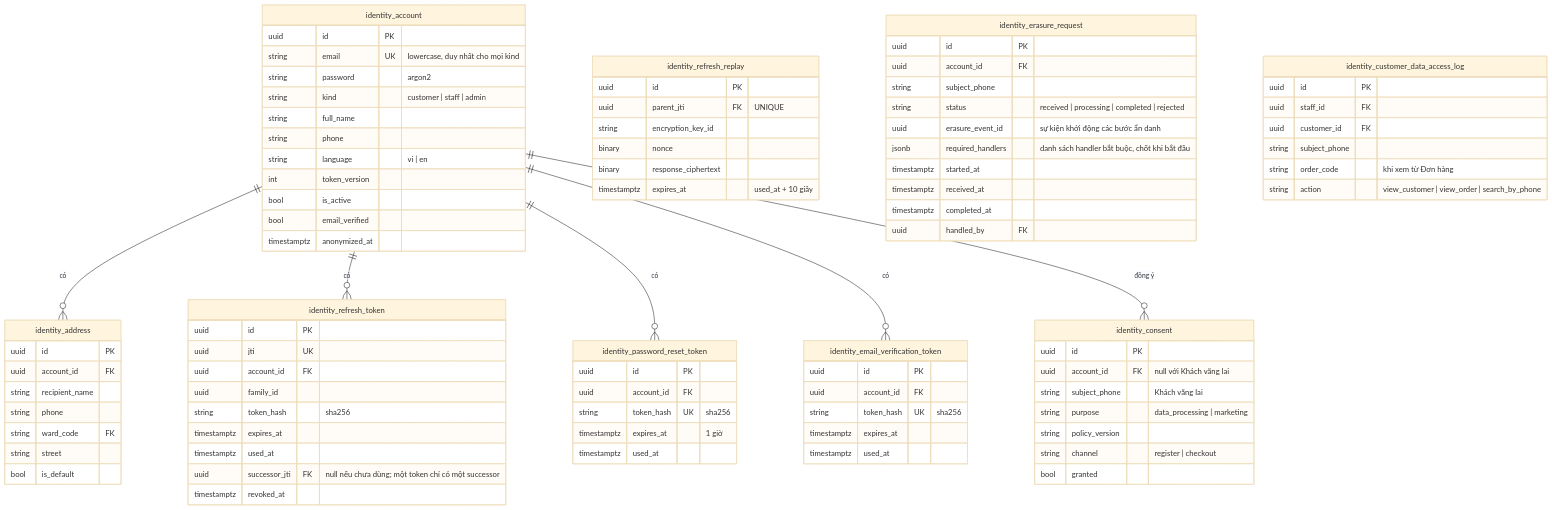
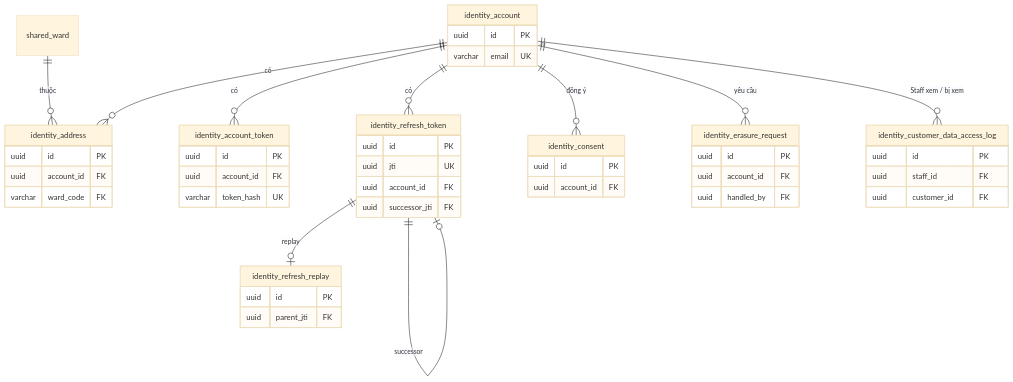
One commit to LuongCongThanh/boilerplate-ecommerce-next-16 changed the third of 10 diagrams in docs/architecture/03-data-model.md. Above: the diagram before and after it, drawn with Mermaid (base theme). The commit also changed other lines of this file and 21 other files, not shown here.

````diff
--- a/docs/architecture/03-data-model.md
+++ b/docs/architecture/03-data-model.md
@@ -81,92 +236,50 @@
 ```mermaid
 erDiagram
     identity_account ||--o{ identity_address : "có"
+    identity_account ||--o{ identity_account_token : "có"
     identity_account ||--o{ identity_refresh_token : "có"
-    identity_account ||--o{ identity_password_reset_token : "có"
-    identity_account ||--o{ identity_email_verification_token : "có"
+    identity_refresh_token ||--o| identity_refresh_replay : "replay"
+    identity_refresh_token ||--o| identity_refresh_token : "successor"
     identity_account ||--o{ identity_consent : "đồng ý"
+    identity_account ||--o{ identity_erasure_request : "yêu cầu"
+    identity_account ||--o{ identity_customer_data_access_log : "Staff xem / bị xem"
+    shared_ward ||--o{ identity_address : "thuộc"
     identity_account {
         uuid id PK
-        string email UK "lowercase, duy nhất cho mọi kind"
-        string password "argon2"
-        string kind "customer | staff | admin"
-        string full_name
-        string phone
-        string language "vi | en"
-        int token_version
-        bool is_active
-        bool email_verified
-        timestamptz anonymized_at
+        varchar email UK
     }
     identity_address {
         uuid id PK
         uuid account_id FK
-        string recipient_name
-        string phone
-        string ward_code FK
-        string street
-        bool is_default
+        varchar ward_code FK
+    }
+    identity_account_token {
+        uuid id PK
+        uuid account_id FK
+        varchar token_hash UK
     }
     identity_refresh_token {
         uuid id PK
         uuid jti UK
         uuid account_id FK
-        uuid family_id
-        string token_hash "sha256"
-        timestamptz expires_at
-        timestamptz used_at
-        uuid successor_jti FK "null nếu chưa dùng; một token chỉ có một successor"
-        timestamptz revoked_at
+        uuid successor_jti FK
     }
     identity_refresh_replay {
         uuid id PK
-        uuid parent_jti FK "UNIQUE"
-        string encryption_key_id
-        binary nonce
-        binary response_ciphertext
-        timestamptz expires_at "used_at + 10 giây"
-    }
-    identity_password_reset_token {
-        uuid id PK
-        uuid account_id FK
-        string token_hash UK "sha256"
-        timestamptz expires_at "1 giờ"
-        timestamptz used_at
-    }
-    identity_email_verification_token {
-        uuid id PK
-        uuid account_id FK
-        string token_hash UK "sha256"
-        timestamptz expires_at
-        timestamptz used_at
+        uuid parent_jti FK
     }
     identity_consent {
         uuid id PK
-        uuid account_id FK "null với Khách vãng lai"
-        string subject_phone "Khách vãng lai"
-        string purpose "data_processing | marketing"
-        string policy_version
-        string channel "register | checkout"
-        bool granted
+        uuid account_id FK
     }
     identity_erasure_request {
         uuid id PK
         uuid account_id FK
-        string subject_phone
-        string status "received | processing | completed | rejected"
-        uuid erasure_event_id "sự kiện khởi động các bước ẩn danh"
-        jsonb required_handlers "danh sách handler bắt buộc, chốt khi bắt đầu"
-        timestamptz started_at
-        timestamptz received_at
-        timestamptz completed_at
         uuid handled_by FK
     }
     identity_customer_data_access_log {
         uuid id PK
         uuid staff_id FK
         uuid customer_id FK
-        string subject_phone
-        string order_code "khi xem từ Đơn hàng"
-        string action "view_customer | view_order | search_by_phone"
     }
 ```
````
